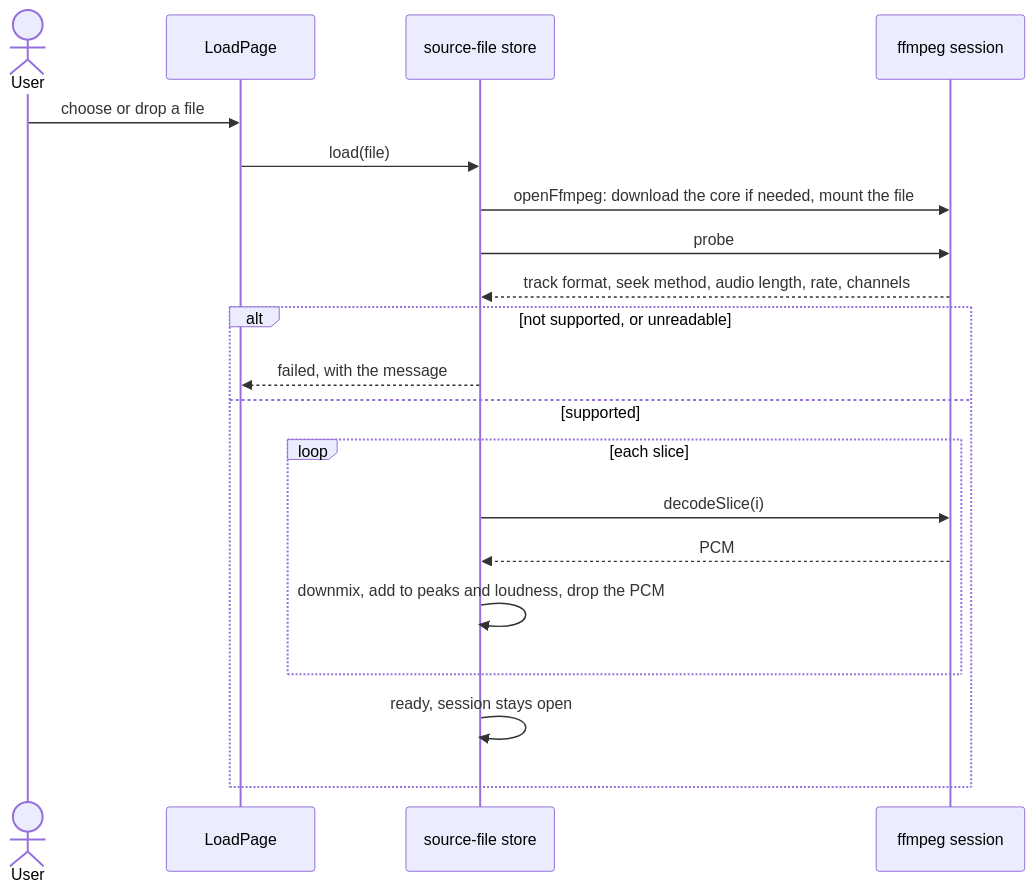
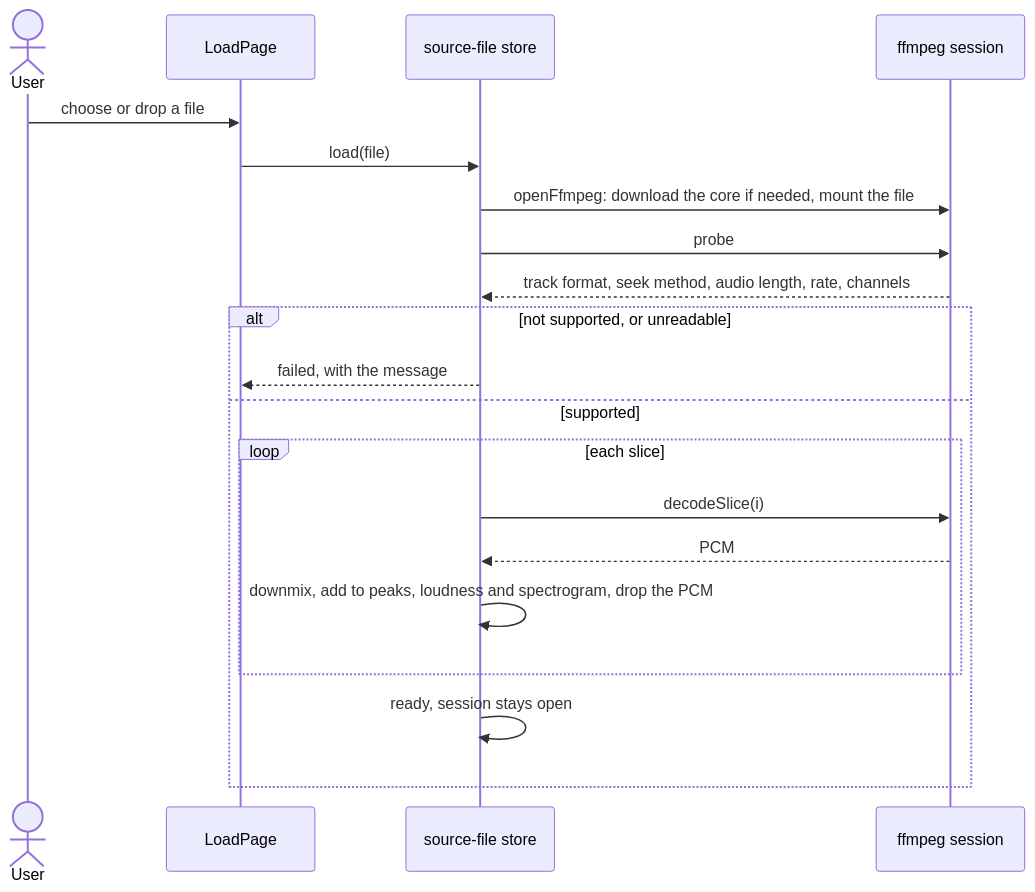
The third of 11 diagrams in docs/architecture.md (suleymanyaryev/audio-splitter), drawn with Mermaid before and after one commit. The commit also changed other lines of this file and 4 other files, not shown here.

First line of the commit message:
docs(spectrogram): close milestone 7: architecture, README, concept note 14 and the v2 milestones

````diff
--- a/docs/architecture.md
+++ b/docs/architecture.md
@@ -117,23 +117,23 @@
 ```mermaid
 sequenceDiagram
   actor User
   participant page as LoadPage
   participant store as source-file store
   participant session as ffmpeg session
 
   User->>page: choose or drop a file
   page->>store: load(file)
   store->>session: openFfmpeg: download the core if needed, mount the file
   store->>session: probe
   session-->>store: track format, seek method, audio length, rate, channels
   alt not supported, or unreadable
     store-->>page: failed, with the message
   else supported
     loop each slice
       store->>session: decodeSlice(i)
       session-->>store: PCM
-      store->>store: downmix, add to peaks and loudness, drop the PCM
+      store->>store: downmix, add to peaks, loudness and spectrogram, drop the PCM
     end
     store->>store: ready, session stays open
   end
 ```
````
